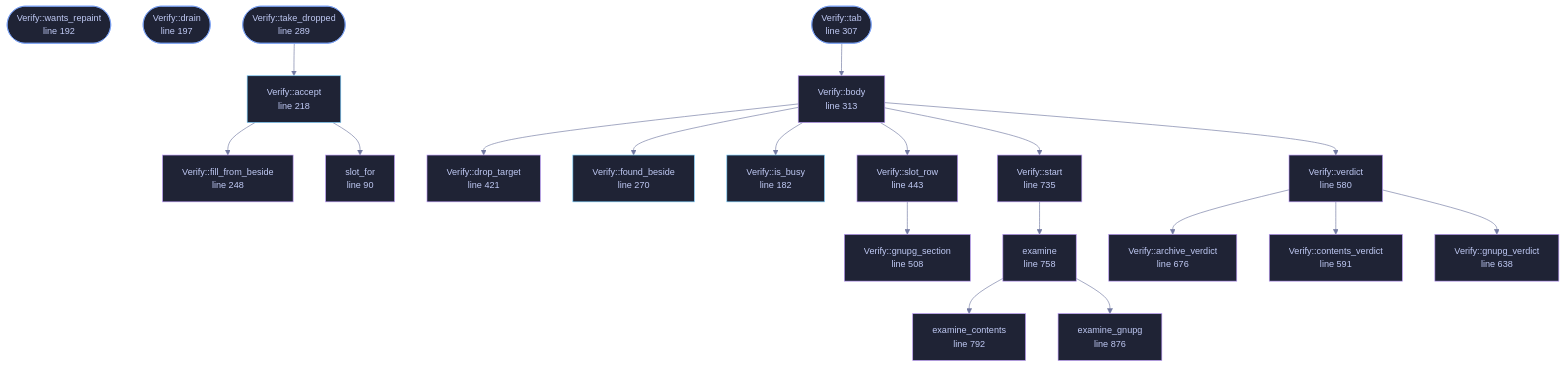
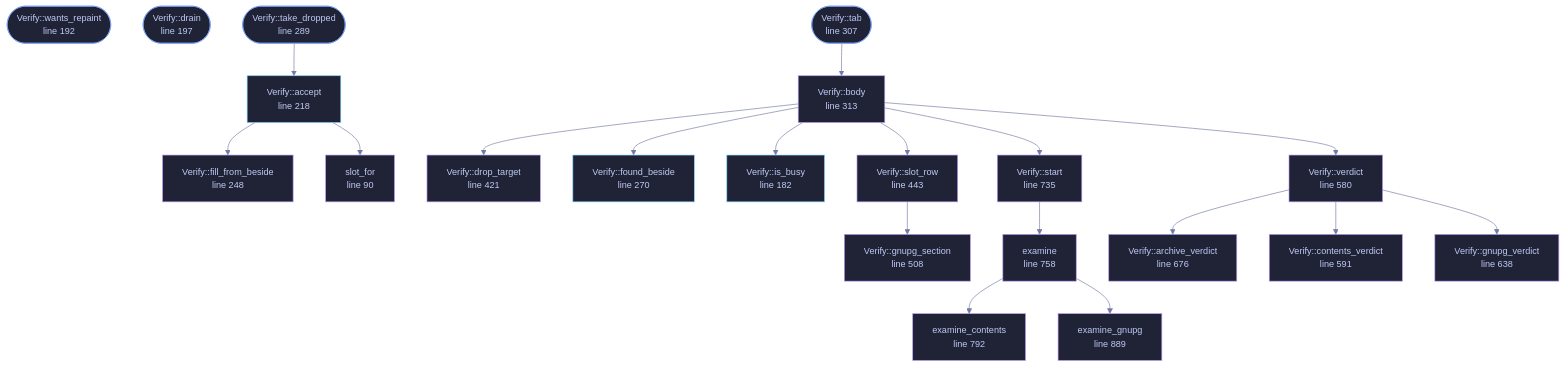
One commit to tilas01/veilvoice changed the diagram in docs/files/veilvoice-gui/verify.md. Above: the diagram before and after it, drawn with Mermaid. The commit also changed other lines of this file and 46 other files, not shown here.

````diff
--- a/docs/files/veilvoice-gui/verify.md
+++ b/docs/files/veilvoice-gui/verify.md
@@ -132,69 +132,69 @@
 ```mermaid
 %%{init: {"theme":"base","themeVariables":{"background":"#1a1b26","primaryColor":"#1f2335","primaryTextColor":"#c0caf5","primaryBorderColor":"#7aa2f7","secondaryColor":"#16161e","tertiaryColor":"#16161e","lineColor":"#737aa2","textColor":"#c0caf5","mainBkg":"#1f2335","nodeBorder":"#7aa2f7","clusterBkg":"#16161e","clusterBorder":"#2f3549","fontFamily":"ui-monospace, SFMono-Regular, Consolas, monospace","fontSize":"14px"}}}%%
 flowchart TD
     n_slot_for["slot_for<br/>line 90"]
     n_is_busy["Verify::is_busy<br/>line 182"]
     n_wants_repaint(["Verify::wants_repaint<br/>line 192"])
     n_drain(["Verify::drain<br/>line 197"])
     n_accept["Verify::accept<br/>line 218"]
     n_fill_from_beside["Verify::fill_from_beside<br/>line 248"]
     n_found_beside["Verify::found_beside<br/>line 270"]
     n_take_dropped(["Verify::take_dropped<br/>line 289"])
     n_tab(["Verify::tab<br/>line 307"])
     n_body["Verify::body<br/>line 313"]
     n_drop_target["Verify::drop_target<br/>line 421"]
     n_slot_row["Verify::slot_row<br/>line 443"]
     n_gnupg_section["Verify::gnupg_section<br/>line 508"]
     n_verdict["Verify::verdict<br/>line 580"]
     n_contents_verdict["Verify::contents_verdict<br/>line 591"]
     n_gnupg_verdict["Verify::gnupg_verdict<br/>line 638"]
     n_archive_verdict["Verify::archive_verdict<br/>line 676"]
     n_start["Verify::start<br/>line 735"]
     n_examine["examine<br/>line 758"]
     n_examine_contents["examine_contents<br/>line 792"]
-    n_examine_gnupg["examine_gnupg<br/>line 876"]
+    n_examine_gnupg["examine_gnupg<br/>line 889"]
     n_accept --> n_fill_from_beside
     n_accept --> n_slot_for
     n_body --> n_drop_target
     n_body --> n_found_beside
     n_body --> n_is_busy
     n_body --> n_slot_row
     n_body --> n_start
     n_body --> n_verdict
     n_examine --> n_examine_contents
     n_examine --> n_examine_gnupg
     n_slot_row --> n_gnupg_section
     n_start --> n_examine
     n_tab --> n_body
     n_take_dropped --> n_accept
     n_verdict --> n_archive_verdict
     n_verdict --> n_contents_verdict
     n_verdict --> n_gnupg_verdict
     click n_slot_for href "https://github.com/tilas01/veilvoice/blob/main/crates/veilvoice-gui/src/verify.rs#L90" "open the source"
     click n_is_busy href "https://github.com/tilas01/veilvoice/blob/main/crates/veilvoice-gui/src/verify.rs#L182" "open the source"
     click n_wants_repaint href "https://github.com/tilas01/veilvoice/blob/main/crates/veilvoice-gui/src/verify.rs#L192" "open the source"
     click n_drain href "https://github.com/tilas01/veilvoice/blob/main/crates/veilvoice-gui/src/verify.rs#L197" "open the source"
     click n_accept href "https://github.com/tilas01/veilvoice/blob/main/crates/veilvoice-gui/src/verify.rs#L218" "open the source"
     click n_fill_from_beside href "https://github.com/tilas01/veilvoice/blob/main/crates/veilvoice-gui/src/verify.rs#L248" "open the source"
     click n_found_beside href "https://github.com/tilas01/veilvoice/blob/main/crates/veilvoice-gui/src/verify.rs#L270" "open the source"
     click n_take_dropped href "https://github.com/tilas01/veilvoice/blob/main/crates/veilvoice-gui/src/verify.rs#L289" "open the source"
     click n_tab href "https://github.com/tilas01/veilvoice/blob/main/crates/veilvoice-gui/src/verify.rs#L307" "open the source"
     click n_body href "https://github.com/tilas01/veilvoice/blob/main/crates/veilvoice-gui/src/verify.rs#L313" "open the source"
     click n_drop_target href "https://github.com/tilas01/veilvoice/blob/main/crates/veilvoice-gui/src/verify.rs#L421" "open the source"
     click n_slot_row href "https://github.com/tilas01/veilvoice/blob/main/crates/veilvoice-gui/src/verify.rs#L443" "open the source"
     click n_gnupg_section href "https://github.com/tilas01/veilvoice/blob/main/crates/veilvoice-gui/src/verify.rs#L508" "open the source"
     click n_verdict href "https://github.com/tilas01/veilvoice/blob/main/crates/veilvoice-gui/src/verify.rs#L580" "open the source"
     click n_contents_verdict href "https://github.com/tilas01/veilvoice/blob/main/crates/veilvoice-gui/src/verify.rs#L591" "open the source"
     click n_gnupg_verdict href "https://github.com/tilas01/veilvoice/blob/main/crates/veilvoice-gui/src/verify.rs#L638" "open the source"
     click n_archive_verdict href "https://github.com/tilas01/veilvoice/blob/main/crates/veilvoice-gui/src/verify.rs#L676" "open the source"
     click n_start href "https://github.com/tilas01/veilvoice/blob/main/crates/veilvoice-gui/src/verify.rs#L735" "open the source"
     click n_examine href "https://github.com/tilas01/veilvoice/blob/main/crates/veilvoice-gui/src/verify.rs#L758" "open the source"
     click n_examine_contents href "https://github.com/tilas01/veilvoice/blob/main/crates/veilvoice-gui/src/verify.rs#L792" "open the source"
-    click n_examine_gnupg href "https://github.com/tilas01/veilvoice/blob/main/crates/veilvoice-gui/src/verify.rs#L876" "open the source"
+    click n_examine_gnupg href "https://github.com/tilas01/veilvoice/blob/main/crates/veilvoice-gui/src/verify.rs#L889" "open the source"
     classDef entry fill:#1f2335,stroke:#7aa2f7,color:#c0caf5
     class n_wants_repaint,n_drain,n_take_dropped,n_tab entry
     classDef api fill:#1f2335,stroke:#7dcfff,color:#c0caf5
     class n_is_busy,n_accept,n_found_beside api
     classDef helper fill:#1f2335,stroke:#bb9af7,color:#c0caf5
     class n_slot_for,n_fill_from_beside,n_body,n_drop_target,n_slot_row,n_gnupg_section,n_verdict,n_contents_verdict,n_gnupg_verdict,n_archive_verdict,n_start,n_examine,n_examine_contents,n_examine_gnupg helper
 ```
````
